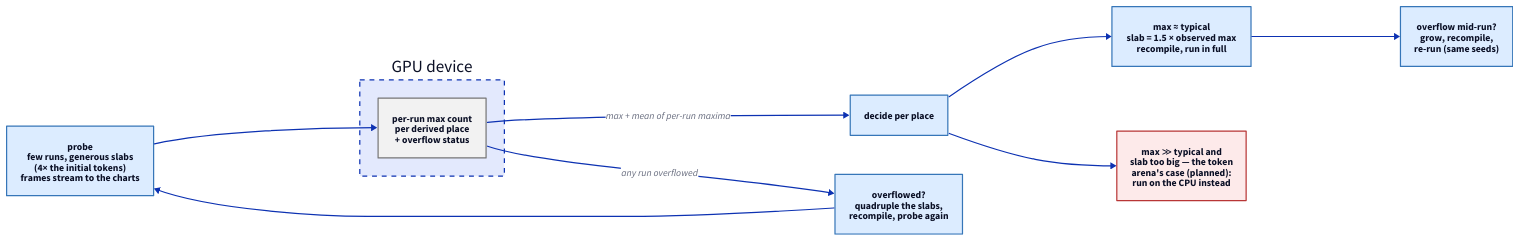
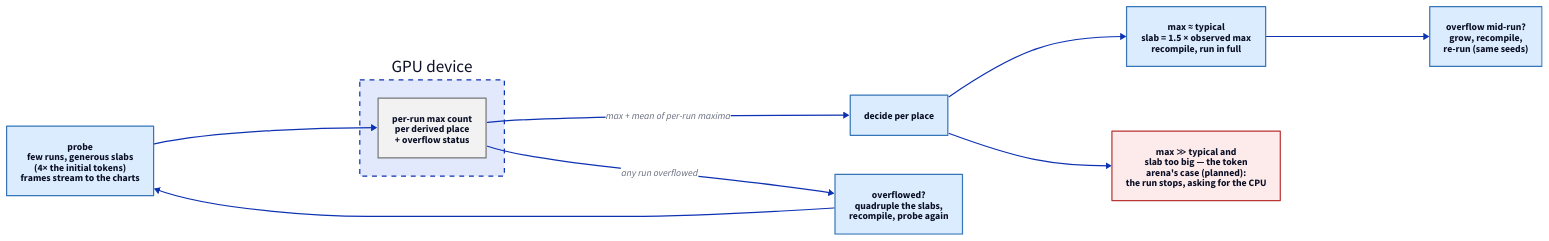
Before and after one commit to hashintel/hash: the diagram in libs/@local/petrinaut-arch-docs/content/diagrams/gpu-capacity-calibration.d2, drawn with D2. The commit also changed 8 other files, not shown here.

```diff
--- a/libs/@local/petrinaut-arch-docs/content/diagrams/gpu-capacity-calibration.d2
+++ b/libs/@local/petrinaut-arch-docs/content/diagrams/gpu-capacity-calibration.d2
@@ -1,23 +1,23 @@
 # Hand-written; rendered by the arch-docs build. Palette matches src/emit/d2.ts.
 direction: right
 
 probe: "probe\nfew runs, generous slabs\n(4× the initial tokens)\nframes stream to the charts" {style.fill: "#dcecff"; style.stroke: "#3676b8"}
 
 device: "GPU device" {
   style.stroke-dash: 4
   track: "per-run max count\nper derived place\n+ overflow status" {style.fill: "#f2f2f2"; style.stroke: "#777777"}
 }
 
 decide: "decide per place" {style.fill: "#dcecff"; style.stroke: "#3676b8"}
 grow: "overflowed?\nquadruple the slabs,\nrecompile, probe again" {style.fill: "#dcecff"; style.stroke: "#3676b8"}
 fit: "max ≈ typical\nslab = 1.5 × observed max\nrecompile, run in full" {style.fill: "#dcecff"; style.stroke: "#3676b8"}
-arena: "max ≫ typical and\nslab too big — the token\narena's case (planned):\nrun on the CPU instead" {style.fill: "#fdeaea"; style.stroke: "#b83636"}
+arena: "max ≫ typical and\nslab too big — the token\narena's case (planned):\nthe run stops, asking for the CPU" {style.fill: "#fdeaea"; style.stroke: "#b83636"}
 rerun: "overflow mid-run?\ngrow, recompile,\nre-run (same seeds)" {style.fill: "#dcecff"; style.stroke: "#3676b8"}
 
 probe -> device.track
 device.track -> grow: any run overflowed
 grow -> probe
 device.track -> decide: "max + mean of per-run maxima"
 decide -> fit
 decide -> arena
 fit -> rerun
```
